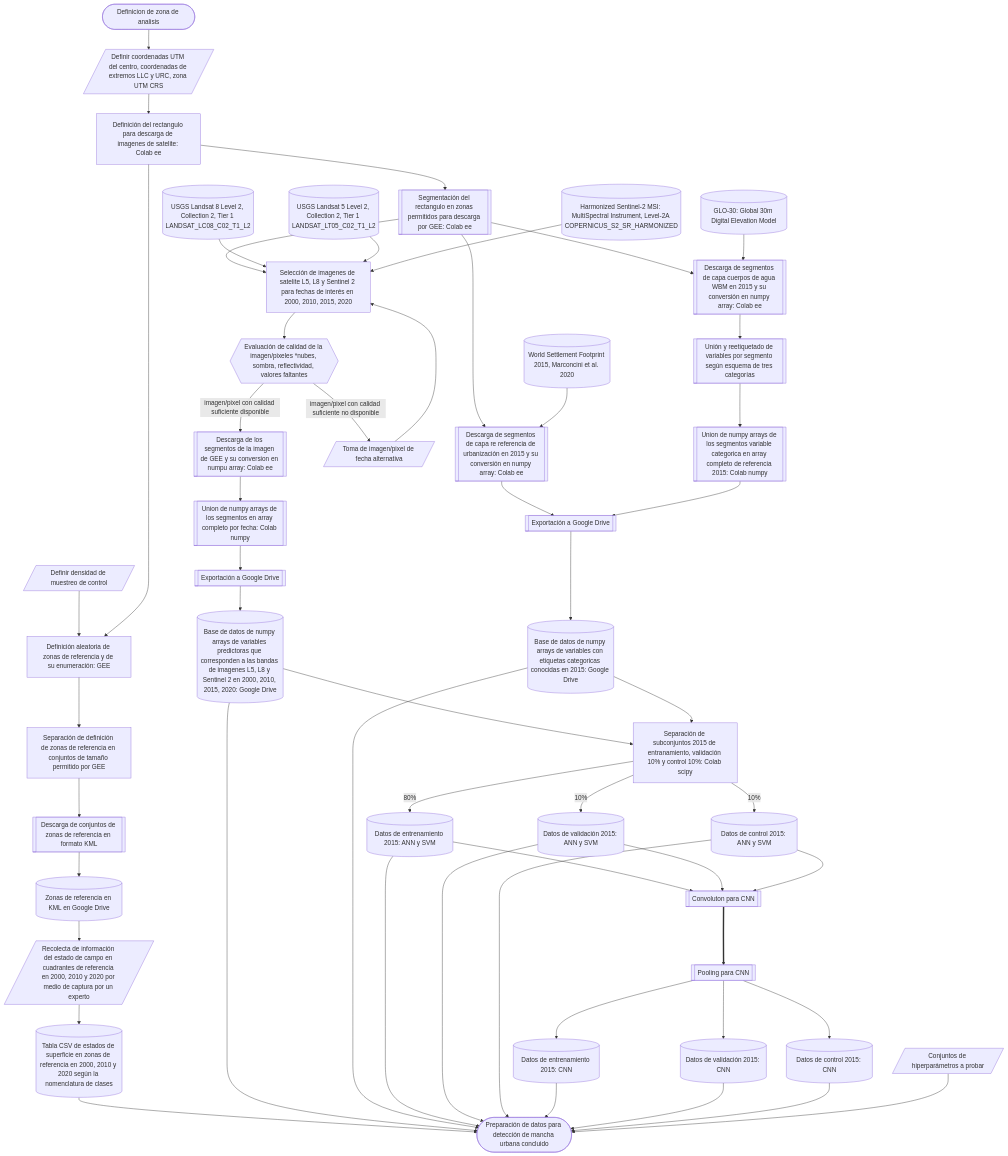
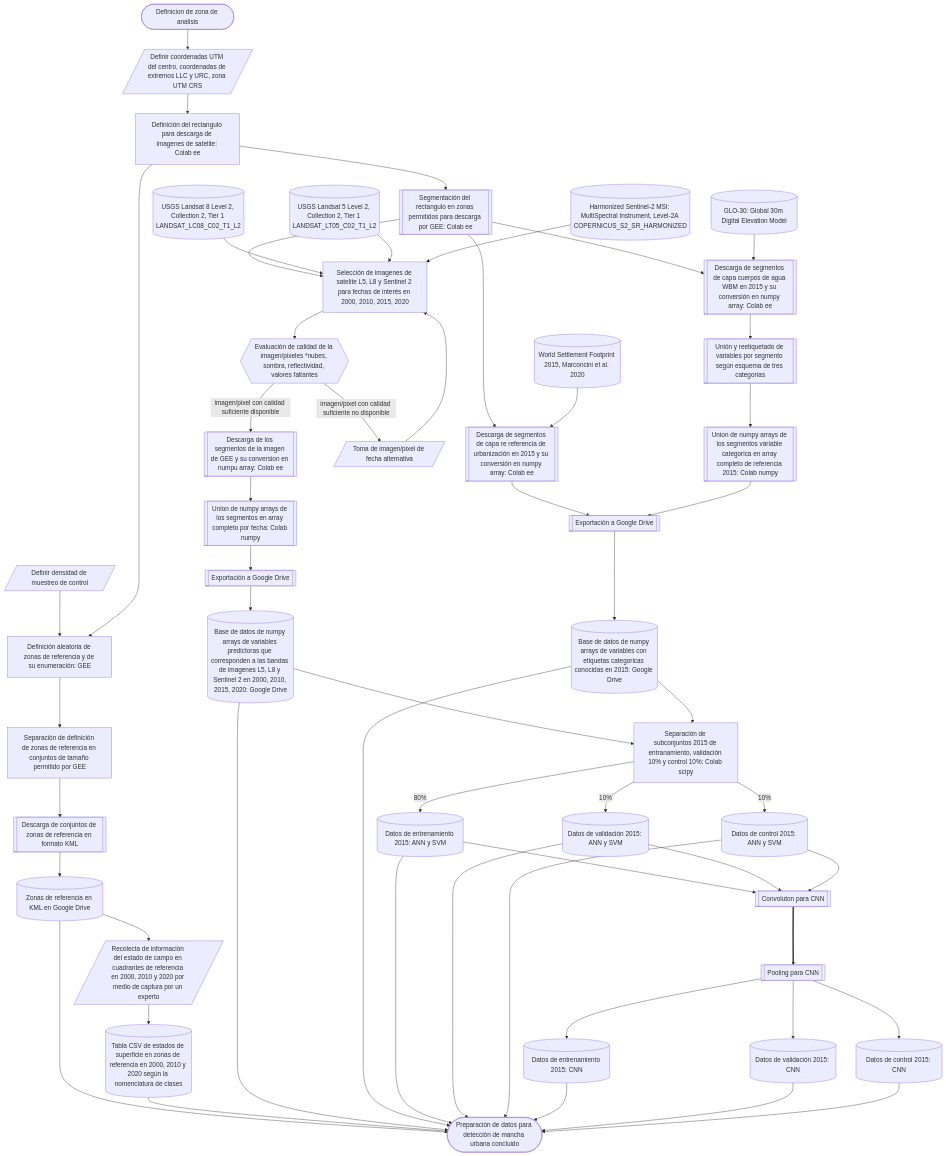
Before and after one commit to vshalisko/GEE: the diagram in AUEM/Esquemas/Esquema_de_procesos1.mermaid, drawn with Mermaid.

```diff
--- a/AUEM/Esquemas/Esquema_de_procesos1.mermaid
+++ b/AUEM/Esquemas/Esquema_de_procesos1.mermaid
@@ -1,63 +1,62 @@
 flowchart TD
   A1([Definicion de zona de analisis])-->B1
   B1[/Definir coordenadas UTM del centro, coordenadas de extremos LLC y URC, zona UTM CRS/]-->C1
   B2[/Definir densidad de muestreo de control/]-->B3
   B3[Definición aleatoria de zonas de referencia y de su enumeración: GEE]-->B4
   B4[Separación de definición de zonas de referencia en conjuntos de tamaño permitido por GEE]-->B5
   B5[[Descarga de conjuntos de zonas de referencia en formato KML]]-->B6
   B6[(Zonas de referencia en KML en Google Drive)]-->B7
+  B6-->END
   B7[/Recolecta de información del estado de campo en cuadrantes de referencia en 2000, 2010 y 2020 por medio de captura por un experto/]-->B8
   B8[(Tabla CSV de estados de superficie en zonas de referencia en 2000, 2010 y 2020 según la nomenclatura de clases)]-->END
 
   C1[Definición del rectangulo para descarga de imagenes de satelite: Colab ee]-->C2
   C1-->B3
   C2[[Segmentación del rectangulo en zonas permitidos para descarga por GEE: Colab ee]]-->D1
   C2-->C3
   C2-->C4
 
   D01[(USGS Landsat 8 Level 2, Collection 2, Tier 1 LANDSAT_LC08_C02_T1_L2)]-->D1
   D02[(USGS Landsat 5 Level 2, Collection 2, Tier 1 LANDSAT_LT05_C02_T1_L2)]-->D1
   D03[(Harmonized Sentinel-2 MSI: MultiSpectral Instrument, Level-2A COPERNICUS_S2_SR_HARMONIZED)]-->D1
   D1[Selección de imagenes de satelite L5, L8 y Sentinel 2 para fechas de interés en 2000, 2010, 2015, 2020]-->D2
   D2{{Evaluación de calidad de la imagen/pixeles *nubes, sombra, reflectividad, valores faltantes}}
   D2--imagen/pixel con calidad suficiente disponible-->E1
   D2--imagen/pixel con calidad suficiente no disponible-->D3
   D3[/Toma de imagen/pixel de fecha alternativa/]-->D1
   E1[[Descarga de los segmentos de la imagen de GEE y su conversion en numpu array: Colab ee]]-->E2
   E2[[Union de numpy arrays de los segmentos en array completo por fecha: Colab numpy]]-->E3
   E3[[Exportación a Google Drive]]-->E3A
 
   E3A[(Base de datos de numpy arrays de variables predictoras que corresponden a las bandas de imagenes L5, L8 y Sentinel 2 en 2000, 2010, 2015, 2020: Google Drive)]-->F1
   E3A-->END
 
   D04[(World Settlement Footprint 2015, Marconcini et al. 2020)]-->C3
   C3[[Descarga de segmentos de capa re referencia de urbanización en 2015 y su conversión en numpy array: Colab ee]]-->E4
   D05[(GLO-30: Global 30m Digital Elevation Model)]-->C4
   C4[[Descarga de segmentos de capa cuerpos de agua WBM en 2015 y su conversión en numpy array: Colab ee]]-->C5
   C5[[Unión y reetiquetado de variables por segmento según esquema de tres categorías]]-->C6
   C6[[Union de numpy arrays de los segmentos variable categorica en array completo de referencia 2015: Colab numpy]]-->E4
   E4[[Exportación a Google Drive]]-->E4A
 
   E4A[(Base de datos de numpy arrays de variables con etiquetas categoricas conocidas en 2015: Google Drive)]-->F1
   E4A-->END
 
   F1[Separación de subconjuntos 2015 de entranamiento, validación 10% y control 10%: Colab scipy]--80%-->F2A
   F1--10%-->F2B
   F1--10%-->F2C
   F2A[(Datos de entrenamiento 2015: ANN y SVM)]-->END
   F2B[(Datos de validación 2015: ANN y SVM)]-->END
   F2C[(Datos de control 2015: ANN y SVM)]-->END
   F2A-->J2
   F2B-->J2
   F2C-->J2
   J2[[Convoluton para CNN]]==>J3
   J3[[Pooling para CNN]]-->F3A
   J3-->F3B
   J3-->F3C
   F3A[(Datos de entrenamiento 2015: CNN)]-->END
   F3B[(Datos de validación 2015: CNN)]-->END
   F3C[(Datos de control 2015: CNN)]-->END
 
-  H1[/Conjuntos de hiperparámetros a probar/]-->END
-
   END([Preparación de datos para detección de mancha urbana concluido])
```
